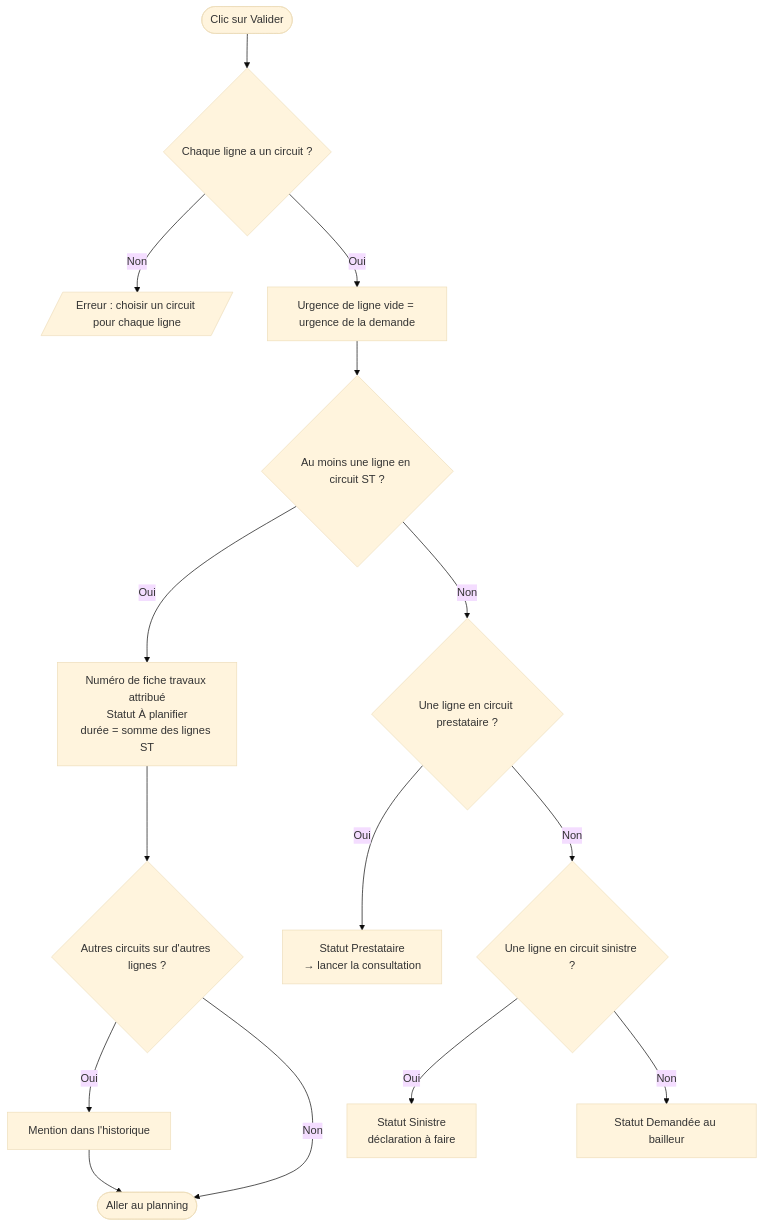
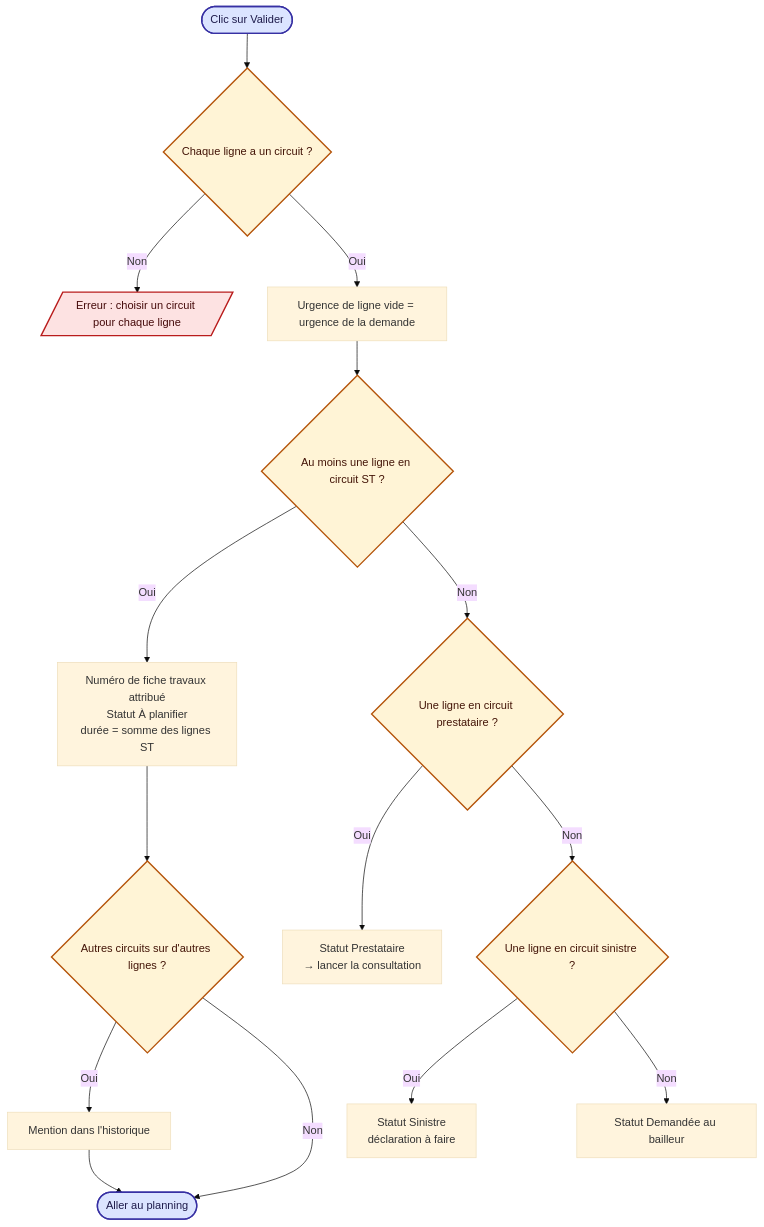
Before and after one commit to Mogot77/Application_Gestion_Travaux: the second of 3 diagrams in docs/organigrammes/04-qualification.md, drawn with Mermaid (base theme). The commit also changed other lines of this file and 32 other files, not shown here.

Commit message:
docs: rework flowcharts for readability (colors, larger text, split long diagrams, recent rules)

````diff
--- a/docs/organigrammes/04-qualification.md
+++ b/docs/organigrammes/04-qualification.md
@@ -29,17 +36,25 @@
 ```mermaid
 flowchart TD
     V([Clic sur Valider]) --> A{Chaque ligne a un circuit ?}
     A -- Non --> E[/Erreur : choisir un circuit pour chaque ligne/]
     A -- Oui --> B[Urgence de ligne vide = urgence de la demande]
     B --> C{Au moins une ligne en circuit ST ?}
     C -- Oui --> C1[Numéro de fiche travaux attribué<br/>Statut À planifier<br/>durée = somme des lignes ST]
     C1 --> C2{Autres circuits sur d'autres lignes ?}
     C2 -- Oui --> C3[Mention dans l'historique]
     C2 -- Non --> C4
     C3 --> C4([Aller au planning])
     C -- Non --> D{Une ligne en circuit prestataire ?}
     D -- Oui --> D1[Statut Prestataire<br/>→ lancer la consultation]
     D -- Non --> F{Une ligne en circuit sinistre ?}
     F -- Oui --> F1[Statut Sinistre<br/>déclaration à faire]
     F -- Non --> G[Statut Demandée au bailleur]
+    %% styles communs
+    classDef dec fill:#fff4d6,stroke:#b45309,stroke-width:2px,color:#431407
+    classDef term fill:#dbe4ff,stroke:#3730a3,stroke-width:2px,color:#1e1b4b
+    classDef err fill:#fde2e2,stroke:#b91c1c,stroke-width:2px,color:#450a0a
+    classDef ok fill:#dcfce7,stroke:#15803d,stroke-width:2px,color:#052e16
+    class A,C,C2,D,F dec
+    class V,C4 term
+    class E err
 ```
````
